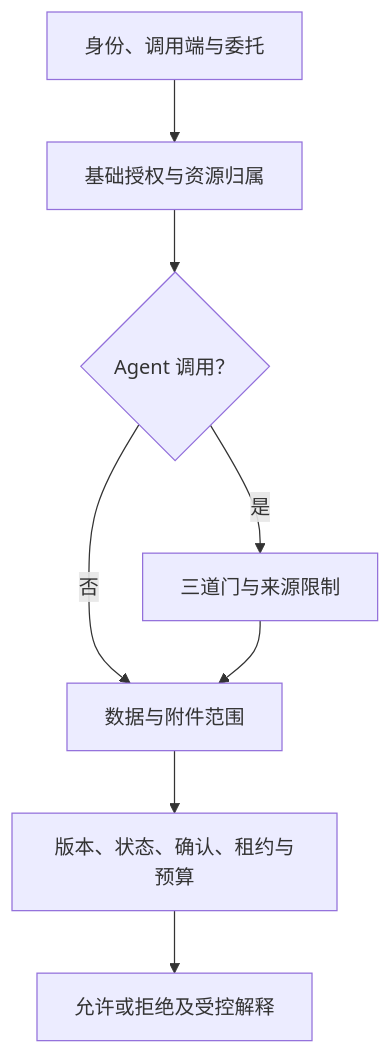
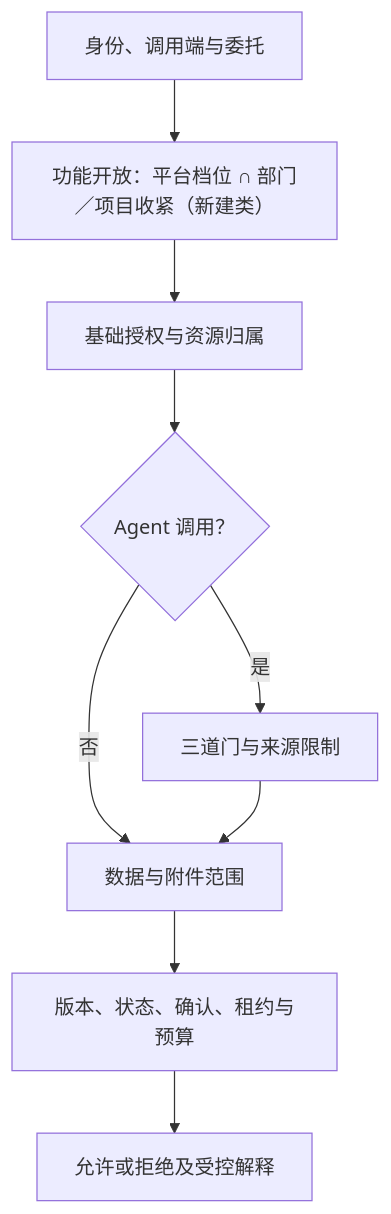
One commit to noctide/Titanloom changed the second of 7 diagrams in docs/Titanloom-后台治理中心子方案-V1.0.md. Above: the diagram before and after it, drawn with Mermaid. The commit also changed other lines of this file and 14 other files, not shown here.

First line of the commit message:
docs: 部门空间与跨部门项目、功能开放、自动化一页、快捷圈与选取、管家画图（ADR-025）

````diff
--- a/docs/Titanloom-后台治理中心子方案-V1.0.md
+++ b/docs/Titanloom-后台治理中心子方案-V1.0.md
@@ -198,10 +205,11 @@
 ``` mermaid
 flowchart TD
-    I["身份、调用端与委托"] --> B["基础授权与资源归属"]
+    I["身份、调用端与委托"] --> F["功能开放：平台档位 ∩ 部门／项目收紧（新建类）"]
+    F --> B["基础授权与资源归属"]
     B --> T{"Agent 调用？"}
     T -->|是| A["三道门与来源限制"]
     T -->|否| D["数据与附件范围"]
     A --> D
     D --> C["版本、状态、确认、租约与预算"]
     C --> R["允许或拒绝及受控解释"]
 ```
````
